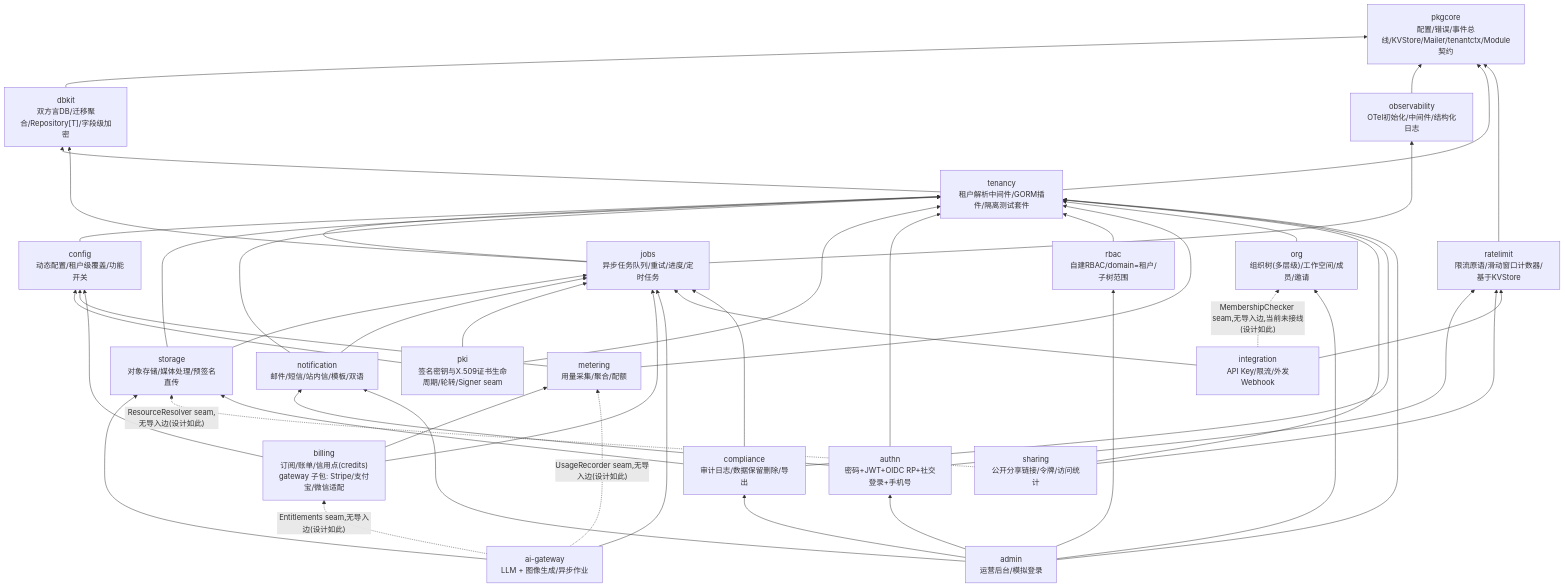
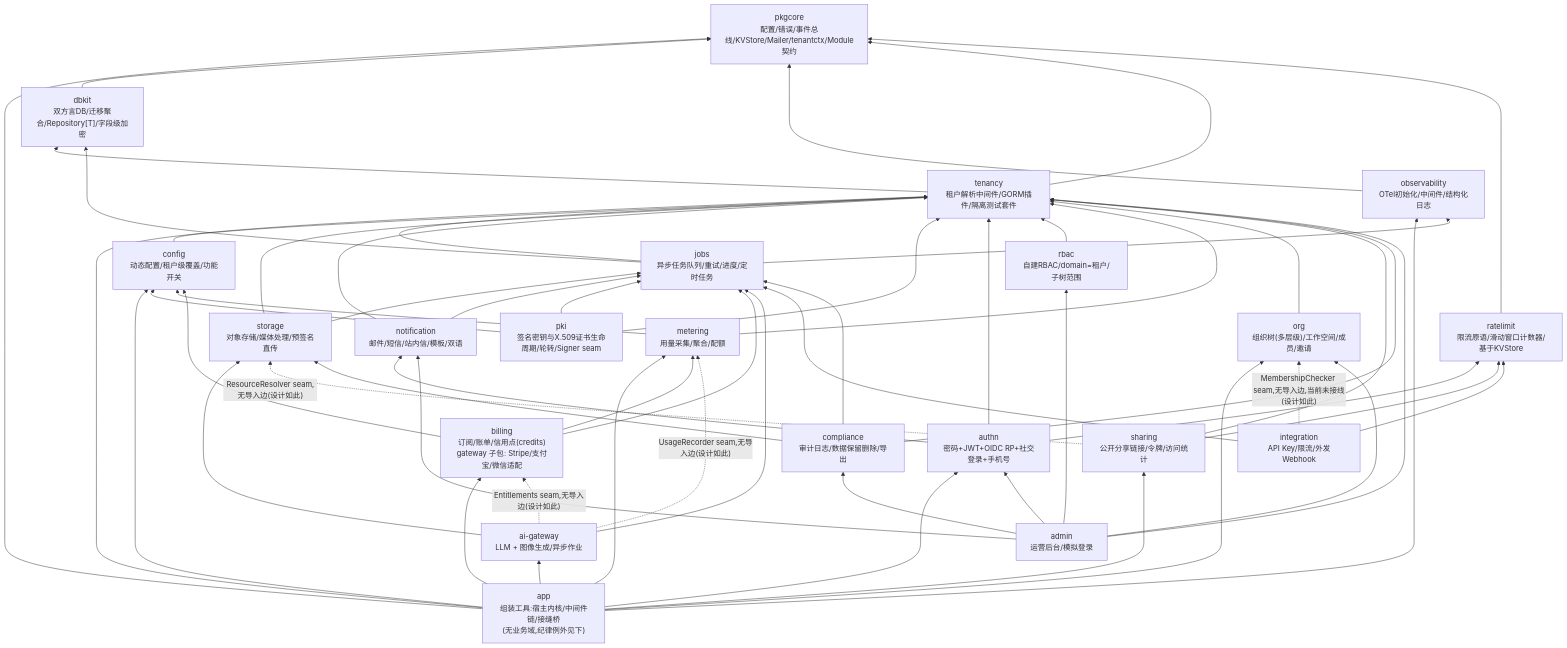
The diagram in docs/internal/01-architecture.md (vislake/speed), drawn with Mermaid before and after one commit. The commit also changed other lines of this file, not shown here.

Commit message:
docs(internal): record the app module and its discipline exception
The architecture graph gains the app node with its real import edges (it
composes ten modules deliberately, and imports admin not at all -- the
impersonation decorator enters as a plain middleware value), and the
discipline list gains the explicit, narrow exception a module with no
business domain needs: a composition-tools module is warranted because
the alternative is the same glue hand-maintained in every consumer. The
exception is bounded by app's charter, by the package split that keeps
each consumer's dependency cost to what it wires, and by the rule that
nothing may depend on app -- CLAUDE.md's discipline text is unchanged.

````diff
--- a/docs/internal/01-architecture.md
+++ b/docs/internal/01-architecture.md
@@ -10,69 +10,80 @@
 ```mermaid
 graph BT
     pkgcore["pkgcore<br/>配置/错误/事件总线/KVStore/Mailer/tenantctx/Module契约"]
     dbkit["dbkit<br/>双方言DB/迁移聚合/Repository[T]/字段级加密"]
     obs["observability<br/>OTel初始化/中间件/结构化日志"]
     tenancy["tenancy<br/>租户解析中间件/GORM插件/隔离测试套件"]
     ratelimit["ratelimit<br/>限流原语/滑动窗口计数器/基于KVStore"]
     cfg["config<br/>动态配置/租户级覆盖/功能开关"]
     jobs["jobs<br/>异步任务队列/重试/进度/定时任务"]
     storage["storage<br/>对象存储/媒体处理/预签名直传"]
     notify["notification<br/>邮件/短信/站内信/模板/双语"]
     pki["pki<br/>签名密钥与X.509证书生命周期/轮转/Signer seam"]
     authn["authn<br/>密码+JWT+OIDC RP+社交登录+手机号"]
     rbac["rbac<br/>自建RBAC/domain=租户/子树范围"]
     metering["metering<br/>用量采集/聚合/配额"]
     org["org<br/>组织树(多层级)/工作空间/成员/邀请"]
     billing["billing<br/>订阅/账单/信用点(credits)<br/>gateway 子包: Stripe/支付宝/微信适配"]
     ai["ai-gateway<br/>LLM + 图像生成/异步作业"]
     sharing["sharing<br/>公开分享链接/令牌/访问统计"]
     integ["integration<br/>API Key/限流/外发Webhook"]
     comp["compliance<br/>审计日志/数据保留删除/导出"]
     admin["admin<br/>运营后台/模拟登录"]
+    app["app<br/>组装工具:宿主内核/中间件链/接缝桥<br/>(无业务域,纪律例外见下)"]
 
+    app --> pkgcore
+    app --> obs
+    app --> tenancy
+    app --> cfg
+    app --> authn
+    app --> org
+    app --> metering
+    app --> billing
+    app --> sharing
+    app --> ai
     dbkit --> pkgcore
     obs --> pkgcore
     tenancy --> pkgcore
     tenancy --> dbkit
     ratelimit --> pkgcore
     cfg --> tenancy
     jobs --> tenancy
     jobs --> obs
     jobs --> dbkit
     storage --> tenancy
     storage --> jobs
     notify --> tenancy
     notify --> jobs
     pki --> tenancy
     pki --> jobs
     pki --> cfg
     authn --> tenancy
     authn --> notify
     authn --> ratelimit
     rbac --> tenancy
     metering --> tenancy
     metering --> cfg
     org --> tenancy
     billing --> metering
     billing --> cfg
     billing --> jobs
     ai --> jobs
     ai --> storage
     ai -.->|"Entitlements seam,无导入边(设计如此)"| billing
     ai -.->|"UsageRecorder seam,无导入边(设计如此)"| metering
     sharing --> tenancy
     sharing --> ratelimit
     sharing -.->|"ResourceResolver seam,无导入边(设计如此)"| storage
     integ --> jobs
     integ --> ratelimit
     integ -.->|"MembershipChecker seam,无导入边,当前未接线(设计如此)"| org
     comp --> tenancy
     comp --> jobs
     comp --> storage
     admin --> rbac
     admin --> authn
     admin --> tenancy
     admin --> org
     admin --> notify
     admin --> comp
 ```
````
